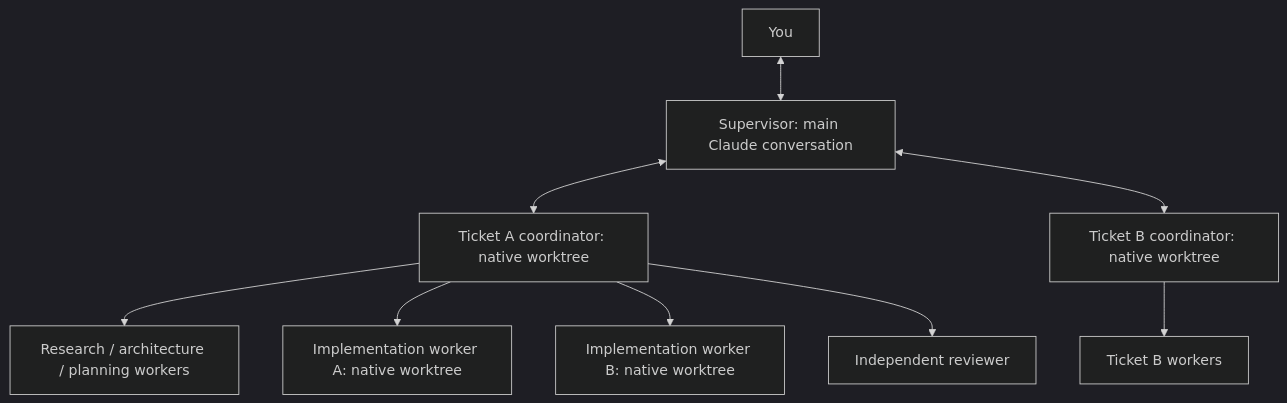
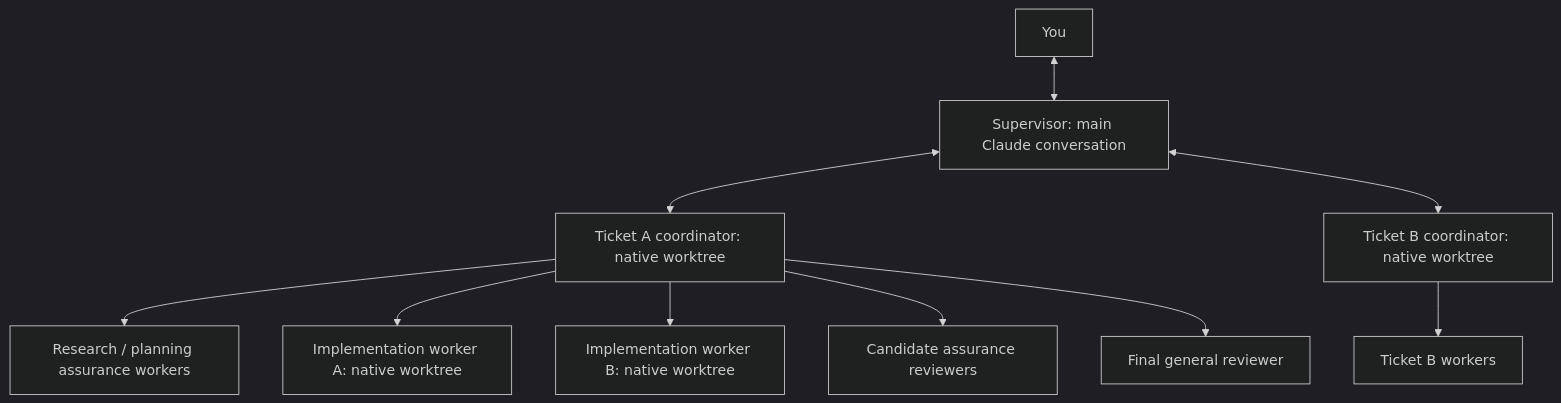
Before and after one commit to Miehau/harness: the first of 2 diagrams in claude/README.md, drawn with Mermaid (dark theme). The commit also changed other lines of this file and 21 other files, not shown here.

````diff
--- a/claude/README.md
+++ b/claude/README.md
@@ -56,11 +56,12 @@
 ```mermaid
 flowchart TD
   U[You] <--> S[Supervisor: main Claude conversation]
   S <--> C1[Ticket A coordinator: native worktree]
   S <--> C2[Ticket B coordinator: native worktree]
-  C1 --> R[Research / architecture / planning workers]
+  C1 --> R[Research / planning assurance workers]
   C1 --> W1[Implementation worker A: native worktree]
   C1 --> W2[Implementation worker B: native worktree]
-  C1 --> V[Independent reviewer]
+  C1 --> A[Candidate assurance reviewers]
+  C1 --> V[Final general reviewer]
   C2 --> W3[Ticket B workers]
 ```
````
